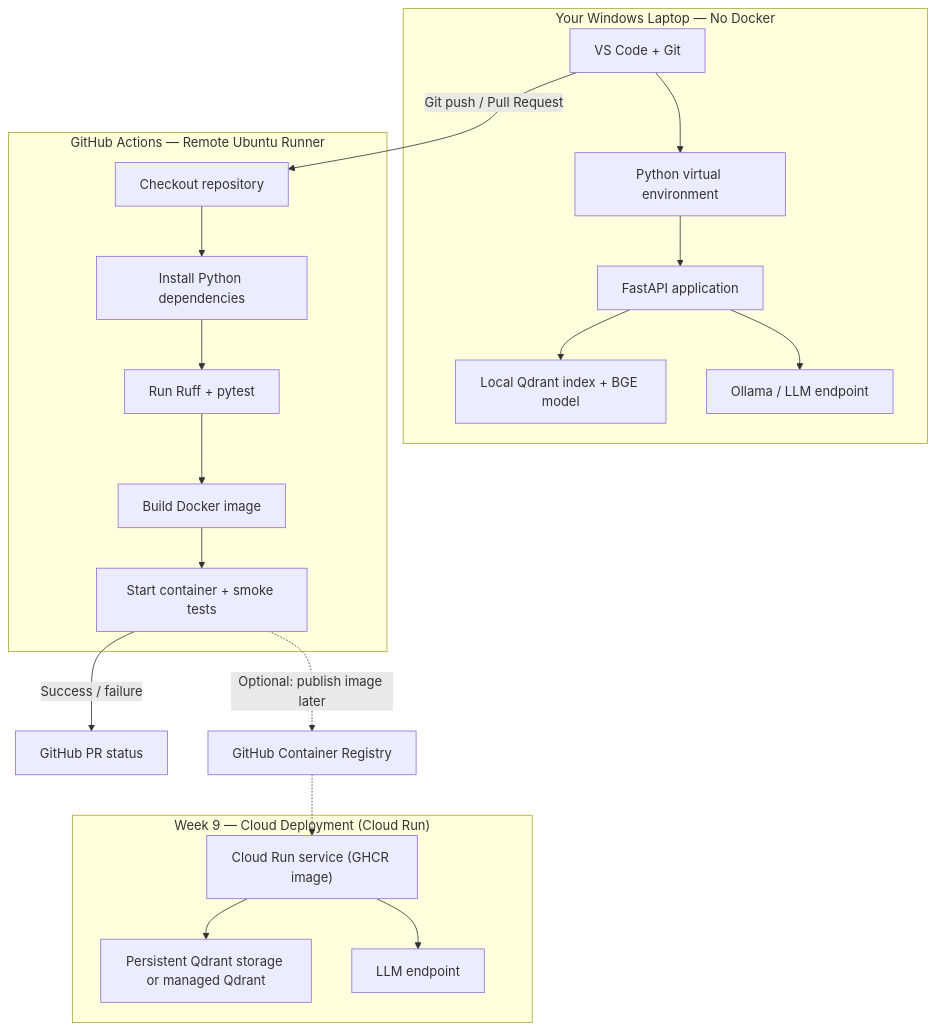
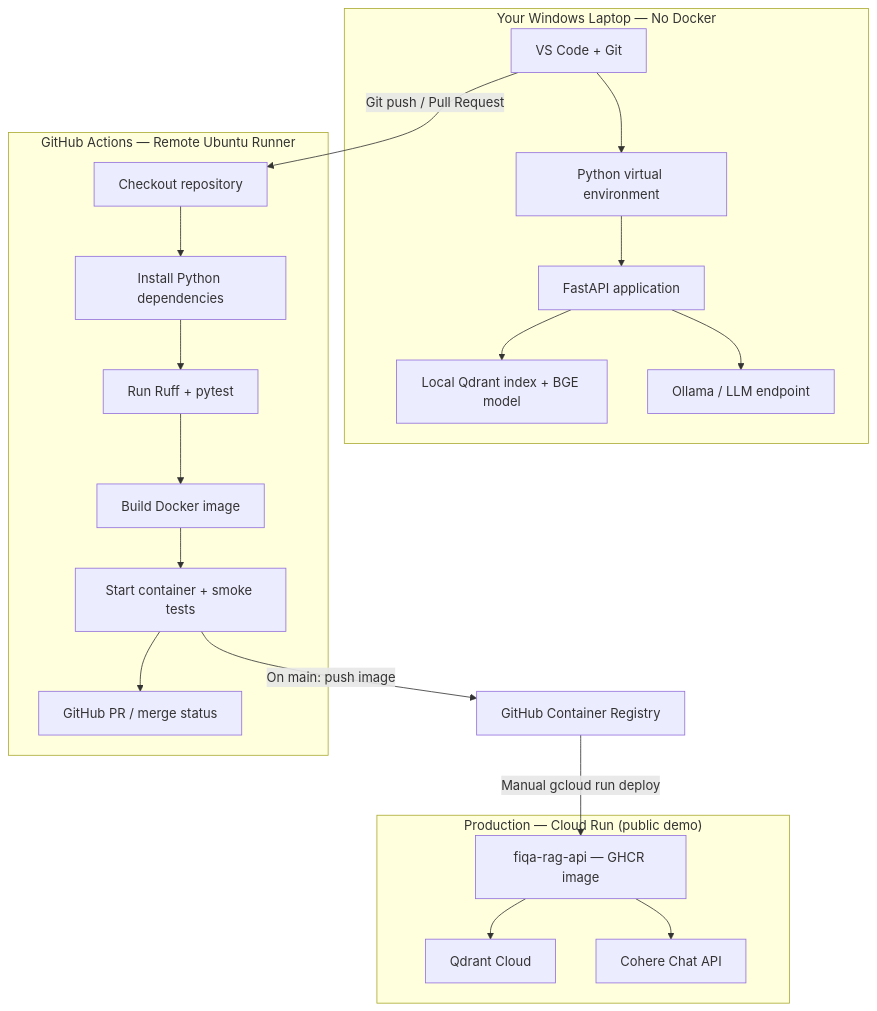
Before and after one commit to ankush1aggarwal/RAG: the diagram in docs/architecture.md, drawn with Mermaid. The commit also changed other lines of this file and 23 other files, not shown here.

Commit message:
week 9 closure: docs, runbooks, demo assets

````diff
--- a/docs/architecture.md
+++ b/docs/architecture.md
@@ -7,37 +9,38 @@
 ```mermaid
 flowchart TB
     subgraph LOCAL["Your Windows Laptop — No Docker"]
         A["VS Code + Git"]
         B["Python virtual environment"]
         C["FastAPI application"]
         D["Local Qdrant index + BGE model"]
         E["Ollama / LLM endpoint"]
         A --> B --> C
         C --> D
         C --> E
     end
 
     A -->|"Git push / Pull Request"| G
 
     subgraph GITHUB["GitHub Actions — Remote Ubuntu Runner"]
         G["Checkout repository"]
         H["Install Python dependencies"]
         I["Run Ruff + pytest"]
         J["Build Docker image"]
         K["Start container + smoke tests"]
+        L["GitHub PR / merge status"]
         G --> H --> I --> J --> K
+        K --> L
     end
 
-    K -->|"Success / failure"| L["GitHub PR status"]
-    K -.->|"Optional: publish image later"| M["GitHub Container Registry"]
+    K -->|"On main: push image"| M["GitHub Container Registry"]
 
-    subgraph CLOUD["Week 9 — Cloud Deployment (Cloud Run)"]
-        N["Cloud Run service (GHCR image)"]
-        O["Persistent Qdrant storage or managed Qdrant"]
-        P["LLM endpoint"]
+    subgraph CLOUD["Production — Cloud Run (public demo)"]
+        N["fiqa-rag-api — GHCR image"]
+        O["Qdrant Cloud"]
+        P["Cohere Chat API"]
         N --> O
         N --> P
     end
 
-    M -.-> N
+    M -->|"Manual gcloud run deploy"| N
 ```
````
